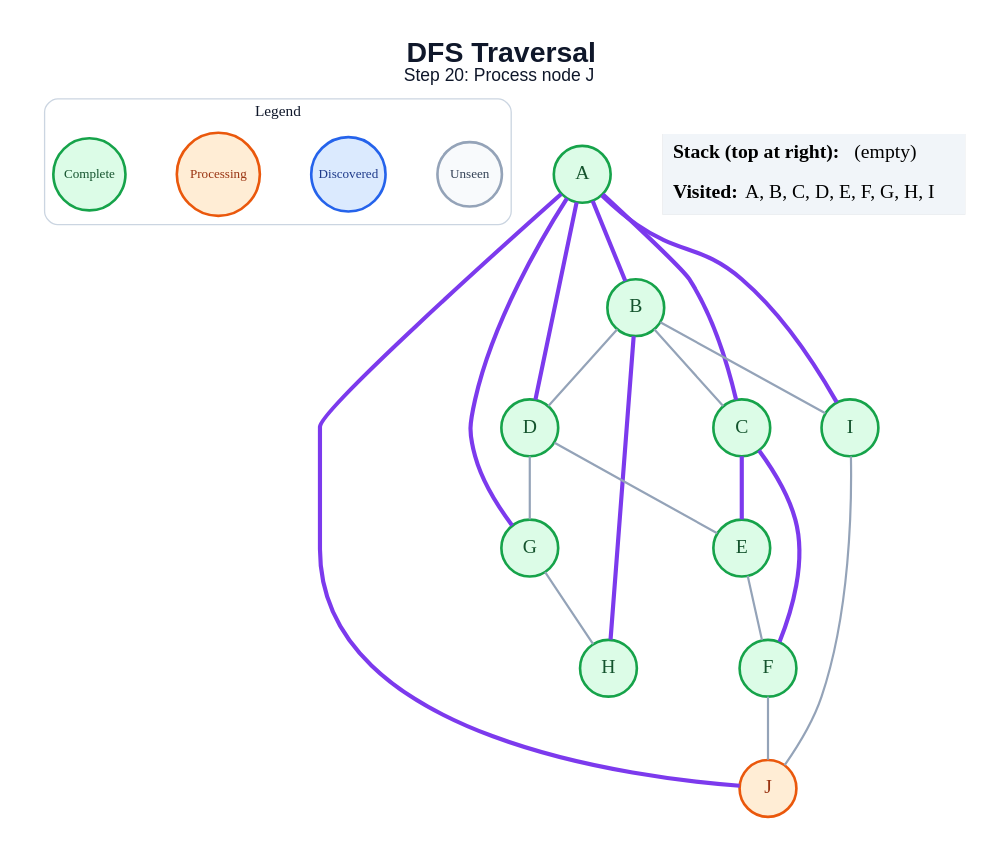
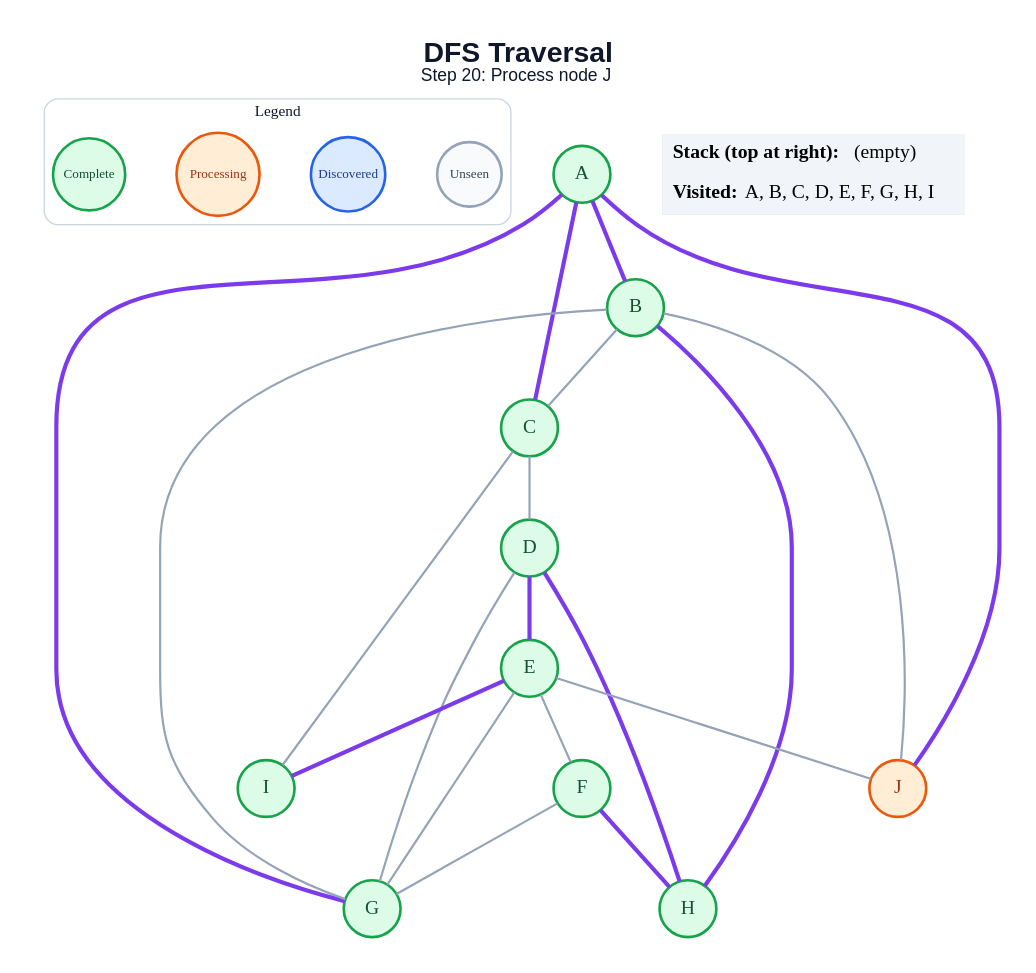
One commit to amanghodawala9/ai-slop changed the diagram in generated/dfs/step_20.dot. Above: the diagram before and after it, drawn with Graphviz. The commit also changed 178 other files, not shown here.

```diff
--- a/generated/dfs/step_20.dot
+++ b/generated/dfs/step_20.dot
@@ -1,47 +1,48 @@
 graph traversal {
   graph [layout=dot, rankdir=TB, bgcolor="#FFFFFF", pad="0.35", nodesep="0.65", ranksep="0.8", fontname="Arial"];
   node [shape=circle, style="filled", fontname="Arial Bold", fontsize=18, width=0.72, fixedsize=true, penwidth=2.4];
   edge [color="#94A3B8", penwidth=2.0];
   label=<<B>DFS Traversal</B><BR/><FONT POINT-SIZE="16">Step 20: Process node J</FONT>>; labelloc="t"; fontsize=26; fontname="Arial"; fontcolor="#0F172A";
   subgraph cluster_legend { label="Legend"; color="#CBD5E1"; penwidth=1.2; style="rounded"; fontsize=14; fontname="Arial Bold";
     key_unseen [label="Unseen", fillcolor="#F8FAFC", color="#94A3B8", fontcolor="#334155", fontsize=12, width=0.82];
     key_frontier [label="Discovered", fillcolor="#DBEAFE", color="#2563EB", fontcolor="#1E3A8A", fontsize=12, width=0.95];
     key_current [label="Processing", fillcolor="#FFEDD5", color="#EA580C", fontcolor="#9A3412", fontsize=12, width=1.05];
     key_done [label="Complete", fillcolor="#DCFCE7", color="#16A34A", fontcolor="#14532D", fontsize=12, width=0.92];
     { rank=same; key_unseen; key_frontier; key_current; key_done; }
   }
   A [fillcolor="#DCFCE7", color="#16A34A", fontcolor="#14532D"];
   B [fillcolor="#DCFCE7", color="#16A34A", fontcolor="#14532D"];
   C [fillcolor="#DCFCE7", color="#16A34A", fontcolor="#14532D"];
   D [fillcolor="#DCFCE7", color="#16A34A", fontcolor="#14532D"];
   E [fillcolor="#DCFCE7", color="#16A34A", fontcolor="#14532D"];
   F [fillcolor="#DCFCE7", color="#16A34A", fontcolor="#14532D"];
   G [fillcolor="#DCFCE7", color="#16A34A", fontcolor="#14532D"];
   H [fillcolor="#DCFCE7", color="#16A34A", fontcolor="#14532D"];
   I [fillcolor="#DCFCE7", color="#16A34A", fontcolor="#14532D"];
   J [fillcolor="#FFEDD5", color="#EA580C", fontcolor="#9A3412"];
   A -- B [color="#7C3AED", penwidth=3.8];
   A -- C [color="#7C3AED", penwidth=3.8];
-  A -- D [color="#7C3AED", penwidth=3.8];
   A -- G [color="#7C3AED", penwidth=3.8];
-  A -- I [color="#7C3AED", penwidth=3.8];
   A -- J [color="#7C3AED", penwidth=3.8];
   B -- C;
-  B -- D;
+  B -- G;
   B -- H [color="#7C3AED", penwidth=3.8];
-  B -- I;
-  C -- E [color="#7C3AED", penwidth=3.8];
-  C -- F [color="#7C3AED", penwidth=3.8];
-  D -- E;
+  B -- J;
+  C -- D;
+  C -- I;
+  D -- E [color="#7C3AED", penwidth=3.8];
   D -- G;
+  D -- H [color="#7C3AED", penwidth=3.8];
   E -- F;
-  F -- J;
-  G -- H;
-  I -- J;
+  E -- G;
+  E -- I [color="#7C3AED", penwidth=3.8];
+  E -- J;
+  F -- G;
+  F -- H [color="#7C3AED", penwidth=3.8];
   status [shape=plain, fixedsize=false, width=0, height=0, margin=0, label=<
     <TABLE BORDER="0" CELLBORDER="0" CELLPADDING="7" BGCOLOR="#F1F5F9">
       <TR><TD ALIGN="LEFT"><B>Stack (top at right):</B> (empty)</TD></TR>
       <TR><TD ALIGN="LEFT"><B>Visited:</B> A, B, C, D, E, F, G, H, I</TD></TR>
     </TABLE>
   >];
 }
```
